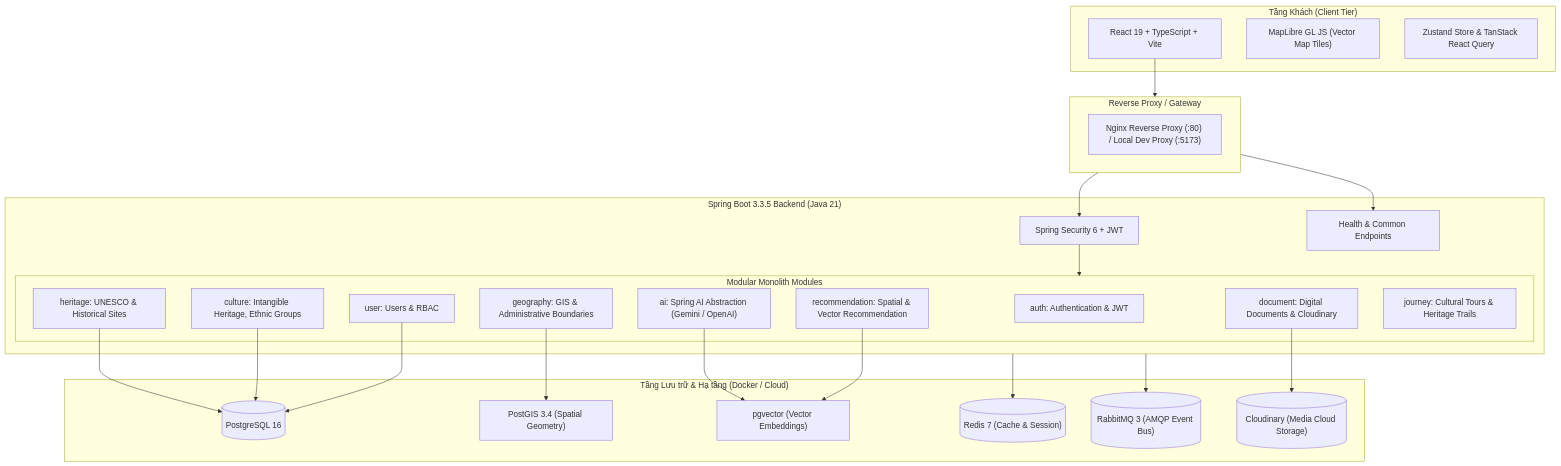
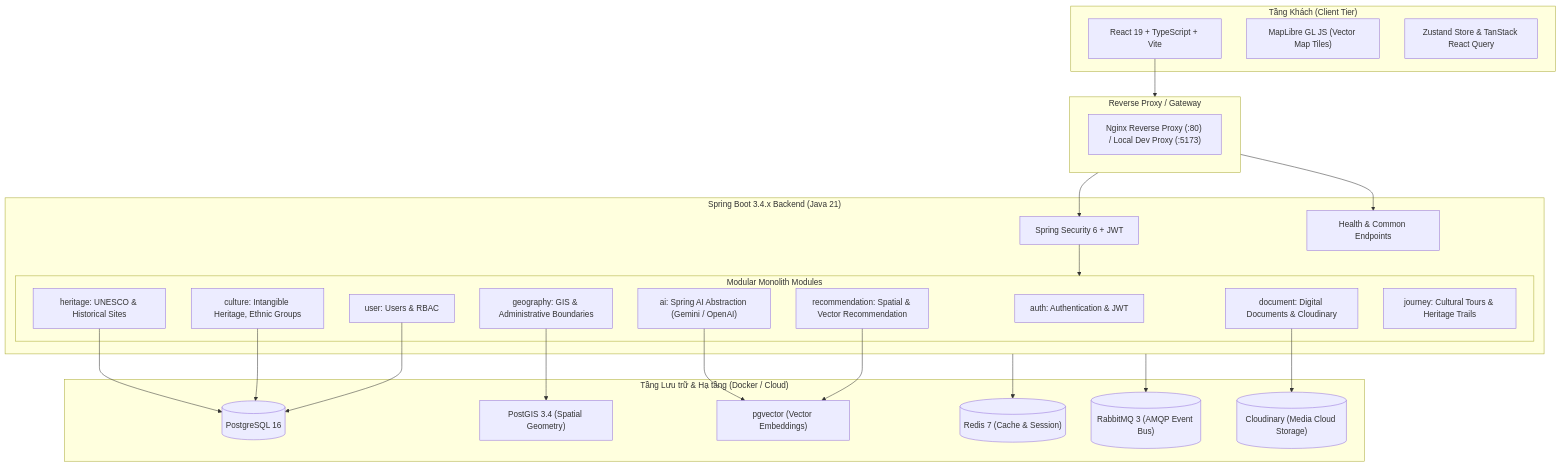
One commit to tdnguyen06/VICA changed the diagram in docs/architecture/system-architecture.md. Above: the diagram before and after it, drawn with Mermaid. The commit also changed 11 other files, not shown here.

````diff
--- a/docs/architecture/system-architecture.md
+++ b/docs/architecture/system-architecture.md
@@ -7,54 +7,54 @@
 ```mermaid
 flowchart TB
     subgraph ClientLayer ["Tầng Khách (Client Tier)"]
         UI["React 19 + TypeScript + Vite"]
         MapLibre["MapLibre GL JS (Vector Map Tiles)"]
         State["Zustand Store & TanStack React Query"]
     end
 
     subgraph Gateway ["Reverse Proxy / Gateway"]
         Nginx["Nginx Reverse Proxy (:80) / Local Dev Proxy (:5173)"]
     end
 
-    subgraph BackendMonolith ["Spring Boot 3.3.5 Backend (Java 21)"]
+    subgraph BackendMonolith ["Spring Boot 3.4.x Backend (Java 21)"]
         Security["Spring Security 6 + JWT"]
         HealthCtrl["Health & Common Endpoints"]
         
         subgraph Modules ["Modular Monolith Modules"]
             AuthModule["auth: Authentication & JWT"]
             UserModule["user: Users & RBAC"]
             GeoModule["geography: GIS & Administrative Boundaries"]
             CultureModule["culture: Intangible Heritage, Ethnic Groups"]
             HeritageModule["heritage: UNESCO & Historical Sites"]
             DocModule["document: Digital Documents & Cloudinary"]
             AIModule["ai: Spring AI Abstraction (Gemini / OpenAI)"]
             RecModule["recommendation: Spatial & Vector Recommendation"]
             JourneyModule["journey: Cultural Tours & Heritage Trails"]
         end
     end
 
     subgraph Persistence ["Tầng Lưu trữ & Hạ tầng (Docker / Cloud)"]
         Postgres[("PostgreSQL 16")]
         PostGIS["PostGIS 3.4 (Spatial Geometry)"]
         PgVector["pgvector (Vector Embeddings)"]
         Redis[("Redis 7 (Cache & Session)")]
         RabbitMQ[("RabbitMQ 3 (AMQP Event Bus)")]
         Cloudinary[("Cloudinary (Media Cloud Storage)")]
     end
 
     UI --> Gateway
     Gateway --> HealthCtrl
     Gateway --> Security
     Security --> Modules
 
     GeoModule --> PostGIS
     AIModule --> PgVector
     RecModule --> PgVector
     HeritageModule --> Postgres
     CultureModule --> Postgres
     UserModule --> Postgres
     DocModule --> Cloudinary
 
     BackendMonolith --> Redis
     BackendMonolith --> RabbitMQ
 ```
````
